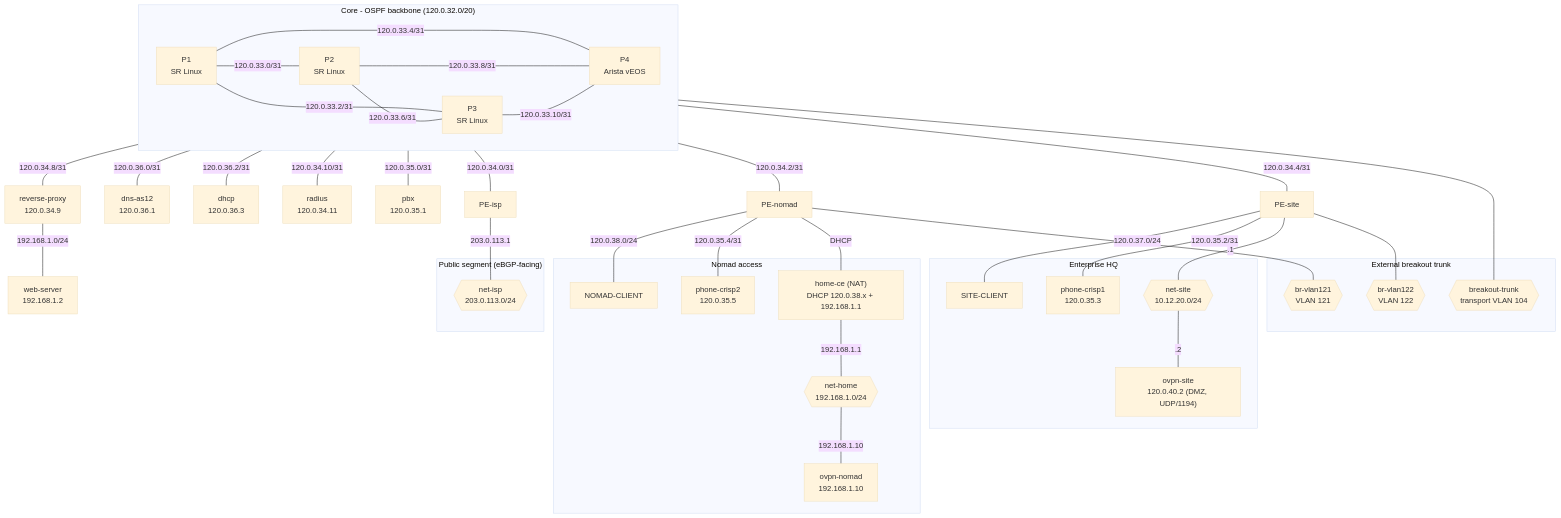
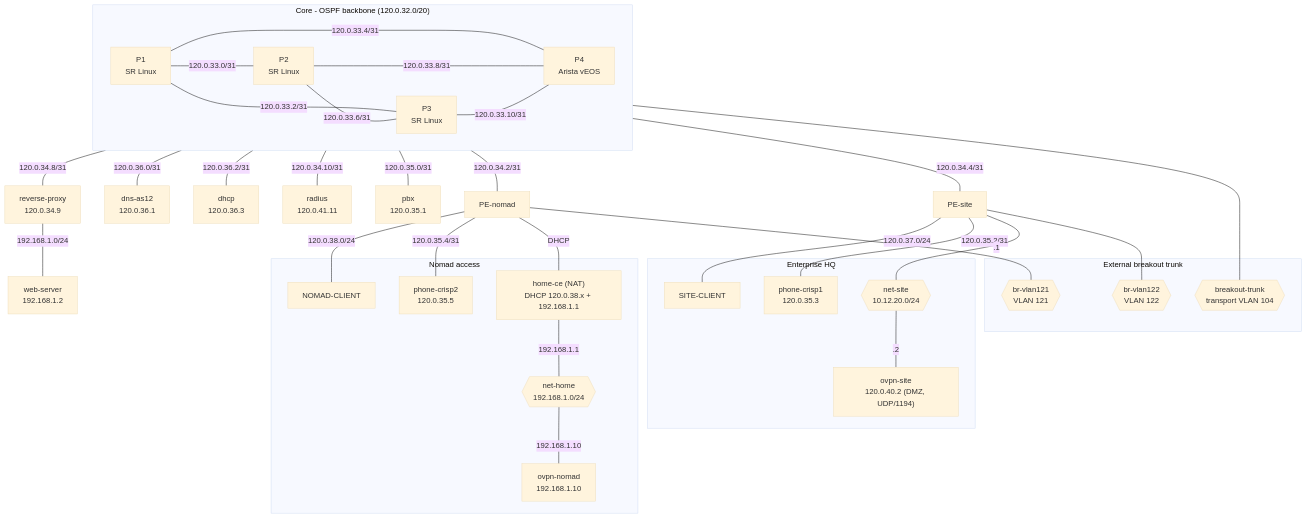
Before and after one commit to yfgrepcat/CrISP: the first of 2 diagrams in README.md, drawn with Mermaid. The commit also changed other lines of this file and 13 other files, not shown here.

````diff
--- a/README.md
+++ b/README.md
@@ -120,78 +120,71 @@
 ```mermaid
 %%{init: {'theme': 'base', 'themeVariables': {'fontSize': '16px'}}}%%
 flowchart TB
   subgraph CORE["Core - OSPF backbone (120.0.32.0/20)"]
     direction LR
     P1["P1<br/>SR Linux"]
     P2["P2<br/>SR Linux"]
     P3["P3<br/>SR Linux"]
     P4["P4<br/>Arista vEOS"]
     P1 ---|"120.0.33.0/31"| P2
     P1 ---|"120.0.33.2/31"| P3
     P1 ---|"120.0.33.4/31"| P4
     P2 ---|"120.0.33.6/31"| P3
     P2 ---|"120.0.33.8/31"| P4
     P3 ---|"120.0.33.10/31"| P4
   end
 
   %% --- services directly on the core ---
   RP["reverse-proxy<br/>120.0.34.9"]
   WEB["web-server<br/>192.168.1.2"]
   DNS["dns-as12<br/>120.0.36.1"]
-  RADIUS["radius<br/>120.0.34.11"]
+  RADIUS["radius<br/>120.0.41.11"]
   DHCP["dhcp<br/>120.0.36.3"]
   PBX["pbx<br/>120.0.35.1"]
   P1 ---|"120.0.34.8/31"| RP
   RP ---|"192.168.1.0/24"| WEB
   P1 ---|"120.0.36.0/31"| DNS
   P1 ---|"120.0.36.2/31"| DHCP
   P2 ---|"120.0.34.10/31"| RADIUS
   P4 ---|"120.0.35.0/31"| PBX
 
   %% --- PE routers ---
-  P1 ---|"120.0.34.0/31"| PEisp["PE-isp"]
   P2 ---|"120.0.34.2/31"| PEnomad["PE-nomad"]
   P3 ---|"120.0.34.4/31"| PEsite["PE-site"]
 
   %% --- HQ site (net-site) ---
   subgraph HQ["Enterprise HQ"]
     SITEC["SITE-CLIENT"]
     PHs["phone-crisp1<br/>120.0.35.3"]
     NETSITE{{"net-site<br/>10.12.20.0/24"}}
     OVPNs["ovpn-site<br/>120.0.40.2 (DMZ, UDP/1194)"]
   end
   PEsite ---|"120.0.37.0/24"| SITEC
   PEsite ---|"120.0.35.2/31"| PHs
   PEsite ---|".1"| NETSITE
   NETSITE ---|".2"| OVPNs
 
   %% --- residential access ---
   subgraph RES["Nomad access"]
     NOMADC["NOMAD-CLIENT"]
     PHn["phone-crisp2<br/>120.0.35.5"]
     HOMECE["home-ce (NAT)<br/>DHCP 120.0.38.x + 192.168.1.1"]
     NETHOME{{"net-home<br/>192.168.1.0/24"}}
     OVPNn["ovpn-nomad<br/>192.168.1.10"]
   end
   PEnomad ---|"120.0.38.0/24"| NOMADC
   PEnomad ---|"120.0.35.4/31"| PHn
   PEnomad ---|"DHCP"| HOMECE
   HOMECE ---|"192.168.1.1"| NETHOME
   NETHOME ---|"192.168.1.10"| OVPNn
 
-  %% --- eBGP-facing public segment (no VPN traffic here) ---
-  subgraph NET["Public segment (eBGP-facing)"]
-    NETISP{{"net-isp<br/>203.0.113.0/24"}}
-  end
-  PEisp ---|"203.0.113.1"| NETISP
-
   %% --- external breakout trunk ---
   subgraph TRUNK["External breakout trunk"]
     BR104{{"breakout-trunk<br/>transport VLAN 104"}}
     BR121{{"br-vlan121<br/>VLAN 121"}}
     BR122{{"br-vlan122<br/>VLAN 122"}}
   end
   P4 --- BR104
   PEnomad --- BR121
   PEsite --- BR122
 ```
````
